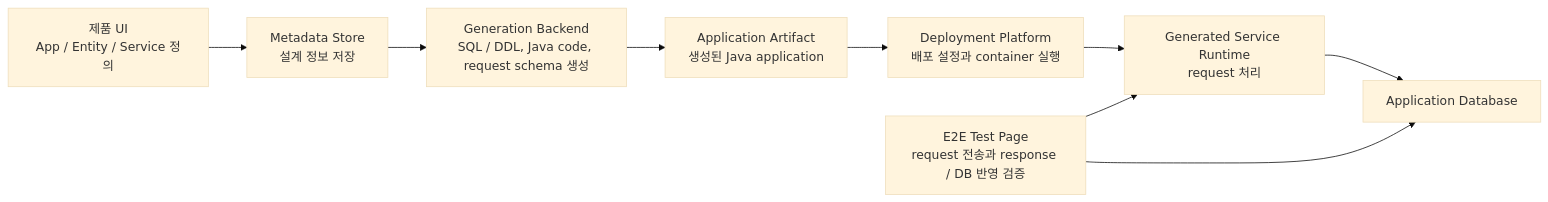
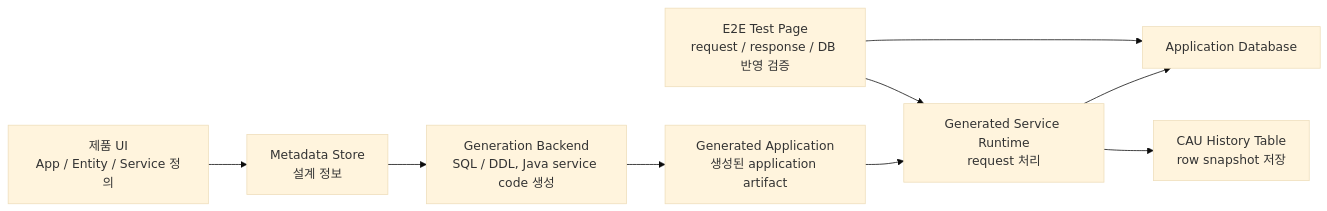
Before and after one commit to zmrdltl/portfolio: the diagram in docs/experience/tmaxcloud.md, drawn with Mermaid (base theme). The commit also changed other lines of this file and 13 other files, not shown here.

````diff
--- a/docs/experience/tmaxcloud.md
+++ b/docs/experience/tmaxcloud.md
@@ -36,20 +27,20 @@
 ```mermaid
 flowchart LR
   ui["제품 UI\nApp / Entity / Service 정의"]
-  metadata["Metadata Store\n설계 정보 저장"]
-  generator["Generation Backend\nSQL / DDL, Java code, request schema 생성"]
-  artifact["Application Artifact\n생성된 Java application"]
-  deploy["Deployment Platform\n배포 설정과 container 실행"]
+  metadata["Metadata Store\n설계 정보"]
+  generator["Generation Backend\nSQL / DDL, Java service code 생성"]
+  artifact["Generated Application\n생성된 application artifact"]
   runtime["Generated Service Runtime\nrequest 처리"]
   db["Application Database"]
-  test["E2E Test Page\nrequest 전송과 response / DB 반영 검증"]
+  test["E2E Test Page\nrequest / response / DB 반영 검증"]
+  history["CAU History Table\nrow snapshot 저장"]
 
   ui --> metadata
   metadata --> generator
   generator --> artifact
-  artifact --> deploy
-  deploy --> runtime
+  artifact --> runtime
   runtime --> db
   test --> runtime
   test --> db
+  runtime --> history
 ```
````
